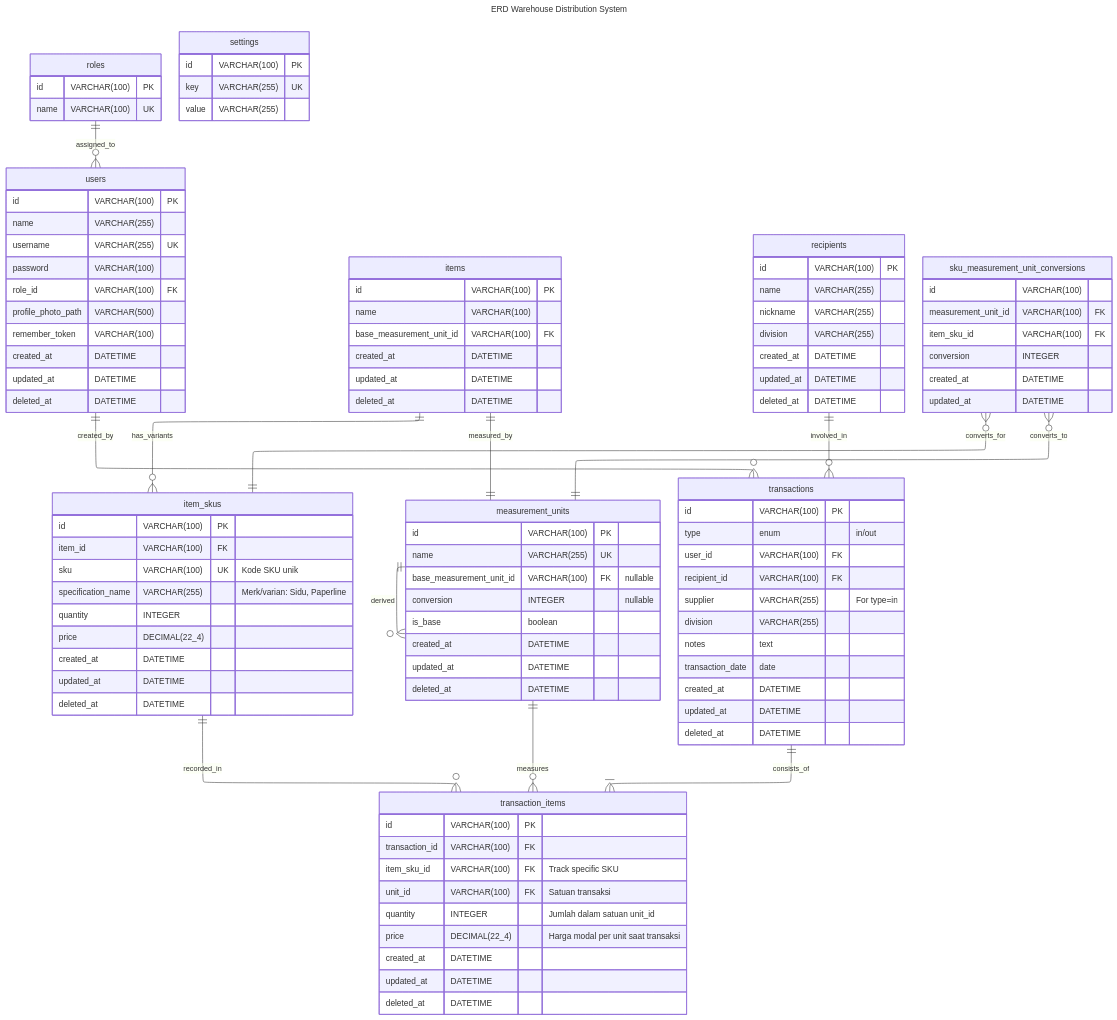
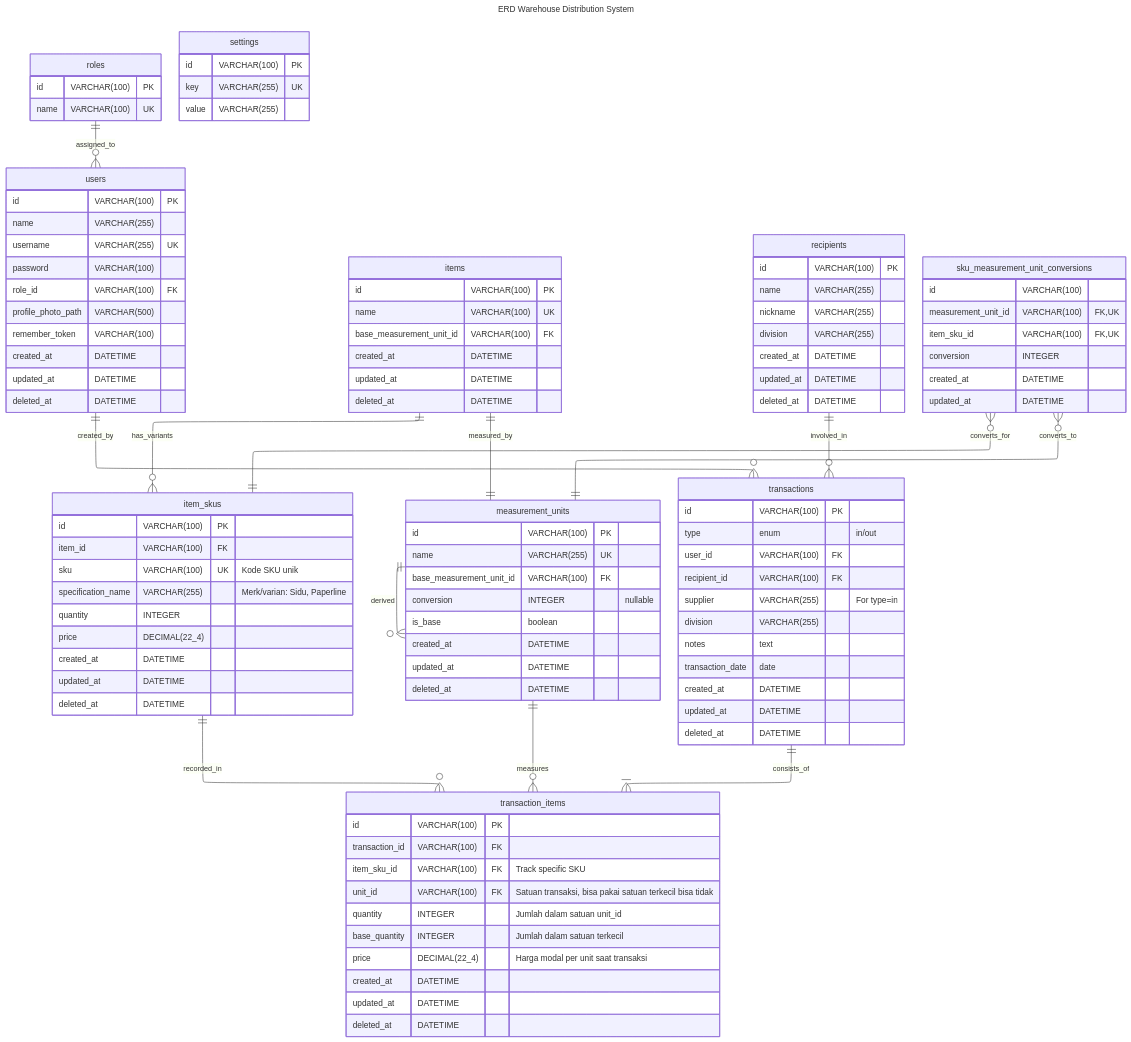
One commit to juntralala/cat changed the diagram in docs/erd.final.mermaid. Above: the diagram before and after it, drawn with Mermaid. The commit also changed 33 other files, not shown here.

```diff
--- a/docs/erd.final.mermaid
+++ b/docs/erd.final.mermaid
@@ -1,121 +1,122 @@
 ---
 title: ERD Warehouse Distribution System
 config:
   theme: default
   layout: elk
 ---
 erDiagram
     roles ||--o{ users : "assigned_to"
     items ||--o{ item_skus : "has_variants"
     item_skus ||--o{ transaction_items : "recorded_in"
     measurement_units ||--o{ transaction_items : "measures"
     recipients ||--o{ transactions : "involved_in"
     items ||--|| measurement_units : "measured_by"
     measurement_units ||--o{ measurement_units : "derived"
     transactions ||--|{ transaction_items : "consists_of"
     sku_measurement_unit_conversions }o--|| item_skus : "converts_for"
     sku_measurement_unit_conversions }o--|| measurement_units : "converts_to"
     users ||--o{ transactions : "created_by"
 
     roles {
         id VARCHAR(100) PK
         name VARCHAR(100) UK
     }
 
     users {
         id VARCHAR(100) PK
         name VARCHAR(255)
         username VARCHAR(255) UK
         password VARCHAR(100)
         role_id VARCHAR(100) FK
         profile_photo_path VARCHAR(500)
         remember_token VARCHAR(100)
         created_at DATETIME
         updated_at DATETIME
         deleted_at DATETIME
     }
 
     settings {
         id VARCHAR(100) PK
         key VARCHAR(255) UK
         value VARCHAR(255)
     }
 
     %% mendukung konversi secara global atau per sku
     measurement_units {
         id VARCHAR(100) PK
         name VARCHAR(255) UK
-        base_measurement_unit_id VARCHAR(100) FK "nullable"
+        base_measurement_unit_id VARCHAR(100) FK
         conversion INTEGER "nullable"
         is_base boolean
         created_at DATETIME
         updated_at DATETIME
         deleted_at DATETIME
     } 
 
     recipients {
         id VARCHAR(100) PK
         name VARCHAR(255)
         nickname VARCHAR(255)
         division VARCHAR(255)
         created_at DATETIME
         updated_at DATETIME
         deleted_at DATETIME
     }
 
     transactions {
         id VARCHAR(100) PK
         type enum "in/out"
         user_id VARCHAR(100) FK
         recipient_id VARCHAR(100) FK
         supplier VARCHAR(255) "For type=in"
         division VARCHAR(255)
         notes text
         transaction_date date
         created_at DATETIME
         updated_at DATETIME
         deleted_at DATETIME
     }
 
     transaction_items {
         id VARCHAR(100) PK
         transaction_id VARCHAR(100) FK
         item_sku_id VARCHAR(100) FK "Track specific SKU"
-        unit_id VARCHAR(100) FK "Satuan transaksi"
+        unit_id VARCHAR(100) FK "Satuan transaksi, bisa pakai satuan terkecil bisa tidak"
         quantity INTEGER "Jumlah dalam satuan unit_id"
+        base_quantity INTEGER "Jumlah dalam satuan terkecil"
         price DECIMAL(22_4) "Harga modal per unit saat transaksi"
         created_at DATETIME
         updated_at DATETIME
         deleted_at DATETIME
     }
 
     items {
         id VARCHAR(100) PK
-        name VARCHAR(100)
+        name VARCHAR(100) UK
         %% description text
         base_measurement_unit_id VARCHAR(100) FK
         created_at DATETIME
         updated_at DATETIME
         deleted_at DATETIME
     }
 
     item_skus {
         id VARCHAR(100) PK
         item_id VARCHAR(100) FK
         sku VARCHAR(100) UK "Kode SKU unik"
         specification_name VARCHAR(255) "Merk/varian: Sidu, Paperline"
         quantity INTEGER
         price DECIMAL(22_4)
         created_at DATETIME
         updated_at DATETIME
         deleted_at DATETIME
     }
 
     sku_measurement_unit_conversions {
         id VARCHAR(100)
-        measurement_unit_id VARCHAR(100) FK
-        item_sku_id VARCHAR(100) FK
+        measurement_unit_id VARCHAR(100) FK, UK
+        item_sku_id VARCHAR(100) FK, UK
         conversion INTEGER
         created_at DATETIME
         updated_at DATETIME
     }
```
